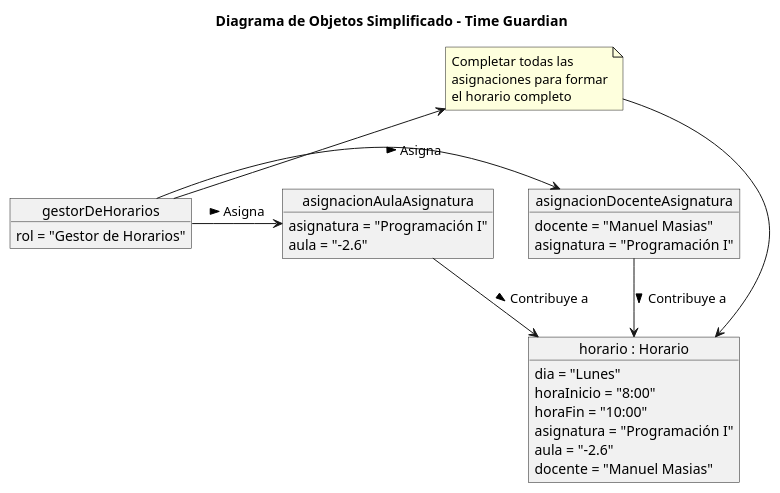
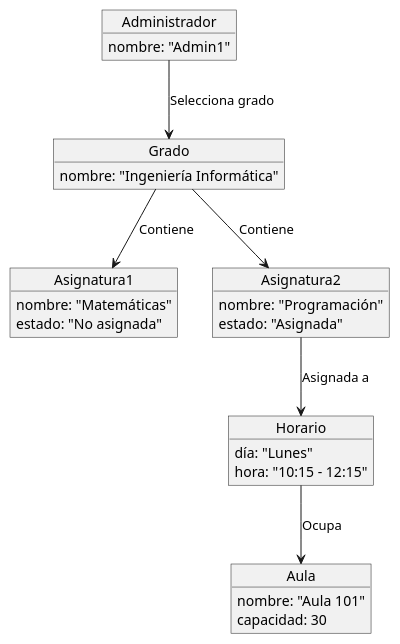
One commit to mmasias/24-25-IdSw1-SDR changed the diagram in modelosUML/DiagramaDeObjetos.puml. Above: the diagram before and after it, drawn with PlantUML. The commit also changed 21 other files, not shown here.

Commit message:
Re estructure todo el proyecto, nuevos modelo de dominio, nuevas imagenes y diagramas, nuevos casos de uso

```diff
--- a/modelosUML/DiagramaDeObjetos.puml
+++ b/modelosUML/DiagramaDeObjetos.puml
@@ -1,36 +1,35 @@
 @startuml
-title Diagrama de Objetos Simplificado - Time Guardian
-
-object "gestorDeHorarios" as gestorDeHorarios {
-    rol = "Gestor de Horarios"
+object Administrador {
+    nombre: "Admin1"
 }
 
-object "asignacionDocenteAsignatura" as asignacionDocenteAsignatura {
-    docente = "Manuel Masias"
-    asignatura = "Programación I"
-}
-gestorDeHorarios -r-> asignacionDocenteAsignatura : "Asigna >"
-
-object "asignacionAulaAsignatura" as asignacionAulaAsignatura {
-    asignatura = "Programación I"
-    aula = "-2.6"
+object Grado {
+    nombre: "Ingeniería Informática"
 }
 
+object Asignatura1 {
+    nombre: "Matemáticas"
+    estado: "No asignada"
+}
 
-gestorDeHorarios -r-> asignacionAulaAsignatura : "Asigna >"
+object Asignatura2 {
+    nombre: "Programación"
+    estado: "Asignada"
+}
 
-object "horario : Horario" as horario {
-    dia = "Lunes"
-    horaInicio = "8:00"
-    horaFin = "10:00"
-    asignatura = "Programación I"
-    aula = "-2.6"
-    docente = "Manuel Masias"
+object Horario {
+    día: "Lunes"
+    hora: "10:15 - 12:15"
 }
-asignacionDocenteAsignatura -d-> horario : "Contribuye a >"
-asignacionAulaAsignatura -d-> horario : "Contribuye a >"
 
-note "Completar todas las\nasignaciones para formar\nel horario completo" as nota
-gestorDeHorarios -u-> nota
-nota -d-> horario
+object Aula {
+    nombre: "Aula 101"
+    capacidad: 30
+}
+
+Administrador --> Grado : Selecciona grado
+Grado --> Asignatura1 : Contiene
+Grado --> Asignatura2 : Contiene
+Asignatura2 --> Horario : Asignada a
+Horario --> Aula : Ocupa
 @enduml
```
